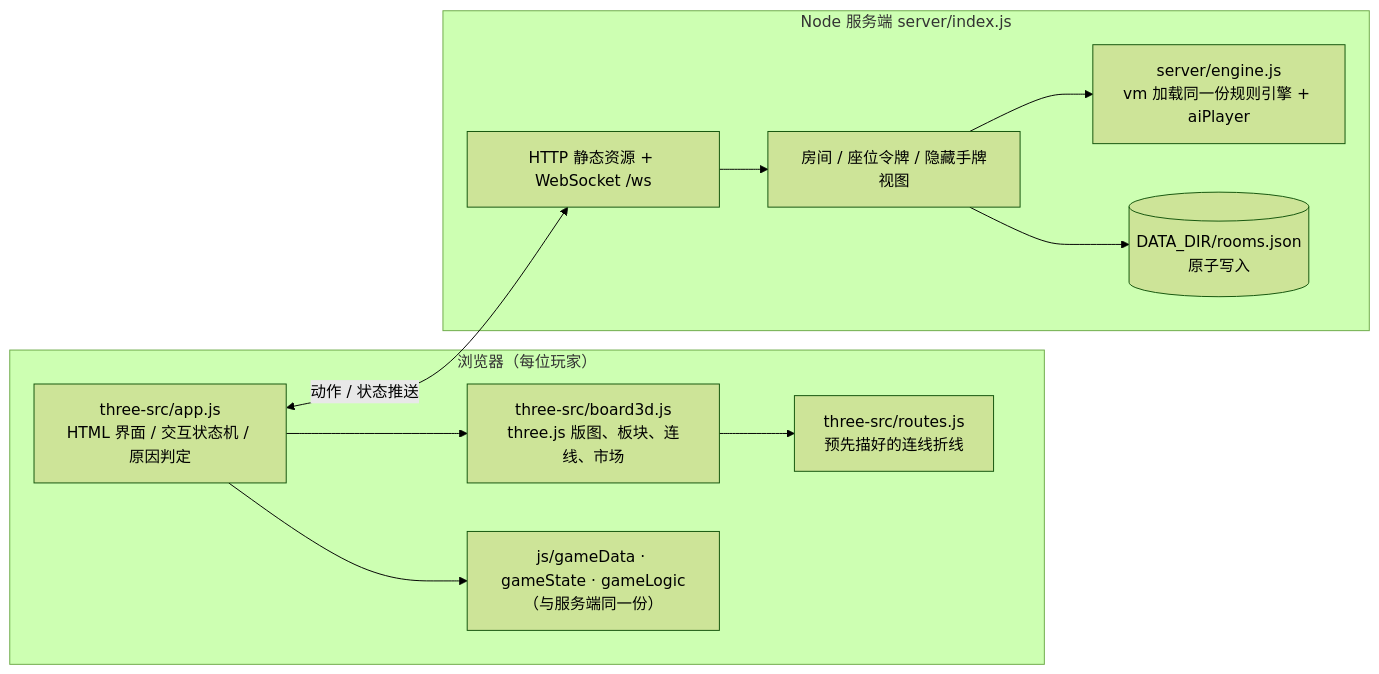
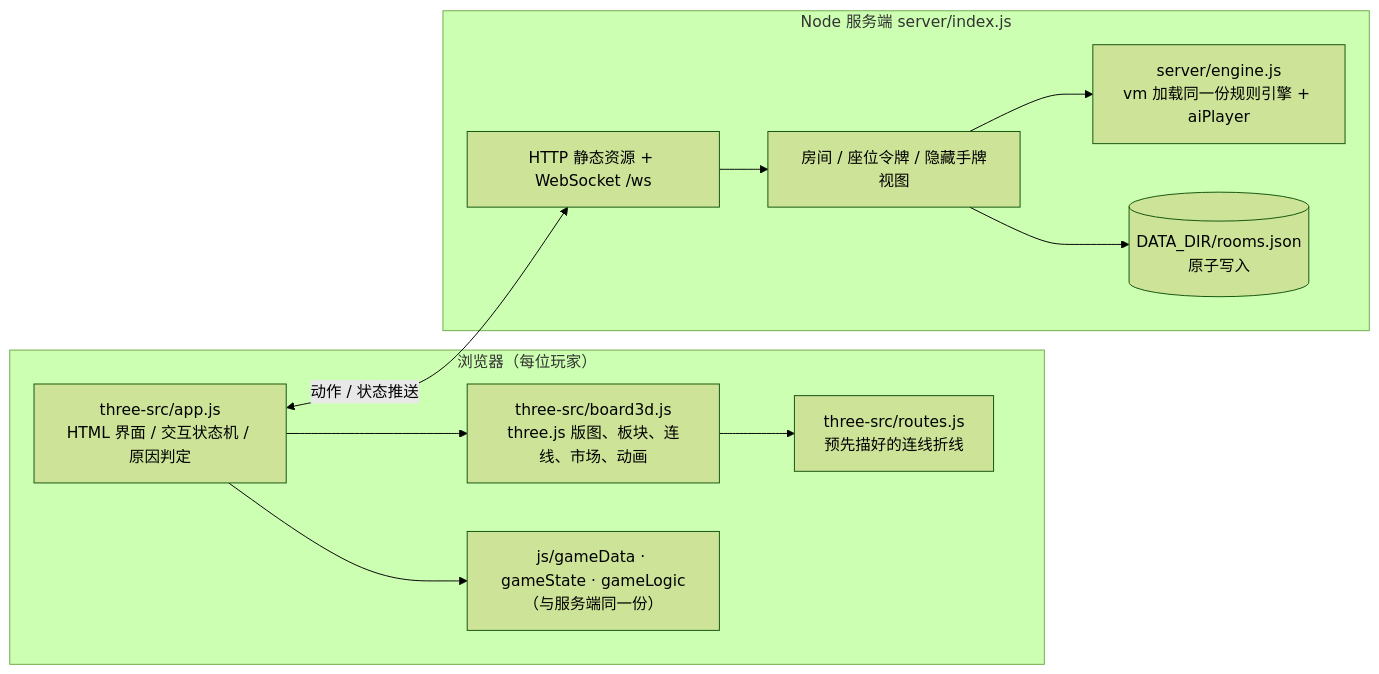
The diagram in README.md (potatoyz/brass-birmingham), drawn with Mermaid (forest theme) before and after one commit. The commit also changed other lines of this file, not shown here.

````diff
--- a/README.md
+++ b/README.md
@@ -157,21 +179,21 @@
 ```mermaid
 flowchart LR
   subgraph Browser["浏览器（每位玩家）"]
     UI["three-src/app.js<br/>HTML 界面 / 交互状态机 / 原因判定"]
-    B3["three-src/board3d.js<br/>three.js 版图、板块、连线、市场"]
+    B3["three-src/board3d.js<br/>three.js 版图、板块、连线、市场、动画"]
     R["three-src/routes.js<br/>预先描好的连线折线"]
     EngC["js/gameData · gameState · gameLogic<br/>（与服务端同一份）"]
     UI --> B3
     B3 --> R
     UI --> EngC
   end
   subgraph Server["Node 服务端 server/index.js"]
     WS["HTTP 静态资源 + WebSocket /ws"]
     Rooms["房间 / 座位令牌 / 隐藏手牌视图"]
     EngS["server/engine.js<br/>vm 加载同一份规则引擎 + aiPlayer"]
     Store[("DATA_DIR/rooms.json<br/>原子写入")]
     WS --> Rooms --> EngS
     Rooms --> Store
   end
   UI <-- "动作 / 状态推送" --> WS
 ```
````
